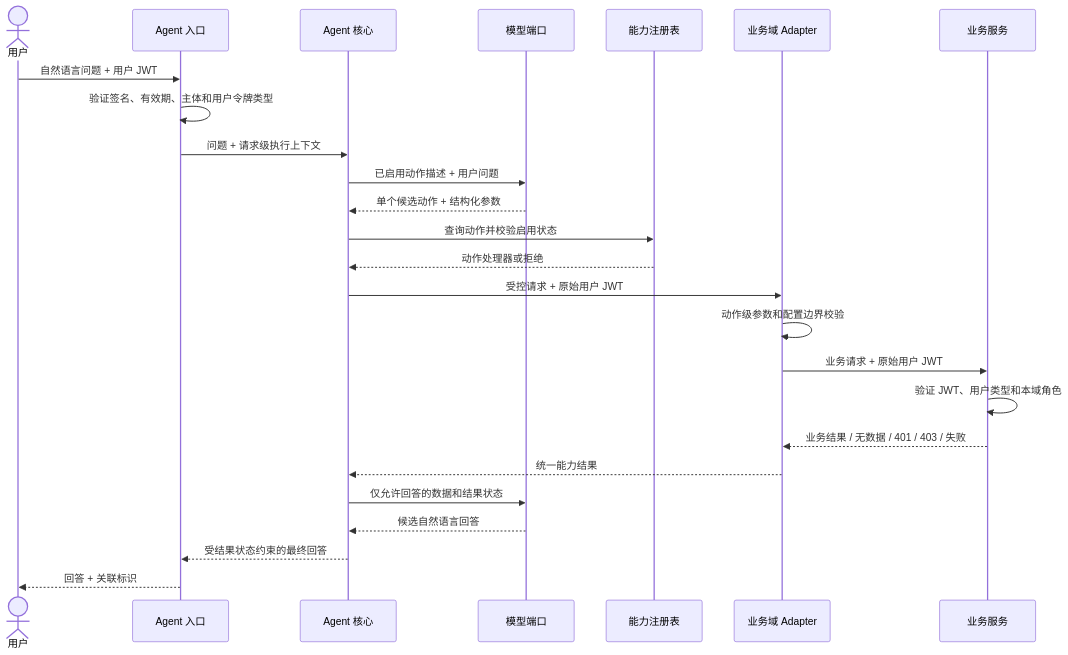
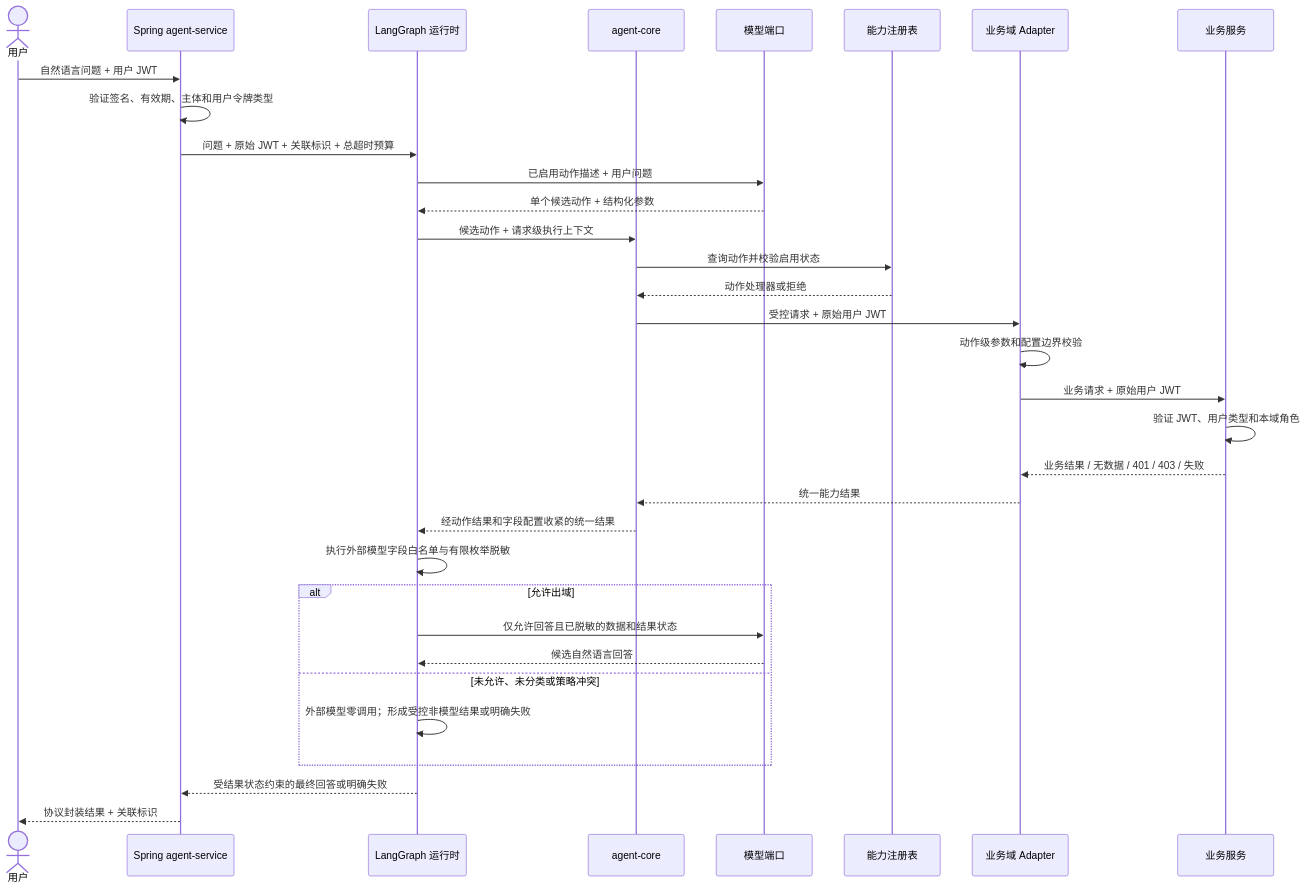
One commit to KyriosoO/springcloud-demo changed the fourth of 4 diagrams in docs/design/SINGLE_AGENT_ARCHITECTURE.md. Above: the diagram before and after it, drawn with Mermaid. The commit also changed other lines of this file and 2 other files, not shown here.

Commit message:
docs: add single-agent core runtime L1

````diff
--- a/docs/design/SINGLE_AGENT_ARCHITECTURE.md
+++ b/docs/design/SINGLE_AGENT_ARCHITECTURE.md
@@ -449,28 +480,36 @@
 ```mermaid
 sequenceDiagram
     actor U as 用户
-    participant A as Agent 入口
-    participant C as Agent 核心
+    participant A as Spring agent-service
+    participant G as LangGraph 运行时
+    participant C as agent-core
     participant M as 模型端口
     participant R as 能力注册表
     participant D as 业务域 Adapter
-    participant S as 业务服务
+    participant B as 业务服务
 
     U->>A: 自然语言问题 + 用户 JWT
     A->>A: 验证签名、有效期、主体和用户令牌类型
-    A->>C: 问题 + 请求级执行上下文
-    C->>M: 已启用动作描述 + 用户问题
-    M-->>C: 单个候选动作 + 结构化参数
+    A->>G: 问题 + 原始 JWT + 关联标识 + 总超时预算
+    G->>M: 已启用动作描述 + 用户问题
+    M-->>G: 单个候选动作 + 结构化参数
+    G->>C: 候选动作 + 请求级执行上下文
     C->>R: 查询动作并校验启用状态
     R-->>C: 动作处理器或拒绝
     C->>D: 受控请求 + 原始用户 JWT
     D->>D: 动作级参数和配置边界校验
-    D->>S: 业务请求 + 原始用户 JWT
-    S->>S: 验证 JWT、用户类型和本域角色
-    S-->>D: 业务结果 / 无数据 / 401 / 403 / 失败
+    D->>B: 业务请求 + 原始用户 JWT
+    B->>B: 验证 JWT、用户类型和本域角色
+    B-->>D: 业务结果 / 无数据 / 401 / 403 / 失败
     D-->>C: 统一能力结果
-    C->>M: 仅允许回答的数据和结果状态
-    M-->>C: 候选自然语言回答
-    C-->>A: 受结果状态约束的最终回答
-    A-->>U: 回答 + 关联标识
+    C-->>G: 经动作结果和字段配置收紧的统一结果
+    G->>G: 执行外部模型字段白名单与有限枚举脱敏
+    alt 允许出域
+        G->>M: 仅允许回答且已脱敏的数据和结果状态
+        M-->>G: 候选自然语言回答
+    else 未允许、未分类或策略冲突
+        G->>G: 外部模型零调用；形成受控非模型结果或明确失败
+    end
+    G-->>A: 受结果状态约束的最终回答或明确失败
+    A-->>U: 协议封装结果 + 关联标识
 ```
````
